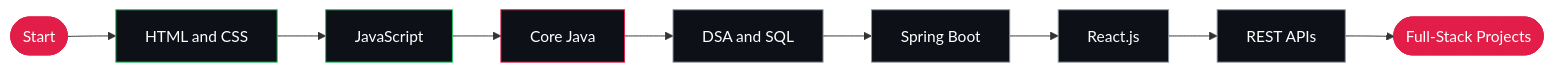
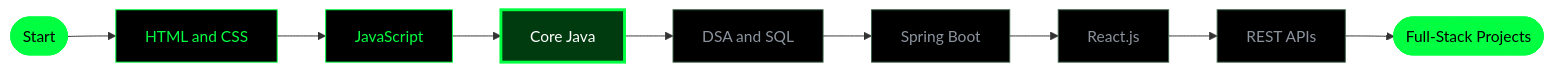
Before and after one commit to prahlad78/prahlad78: the diagram in README.md, drawn with Mermaid. The commit also changed other lines of this file, not shown here.

First line of the commit message:
Revise README with updated images and roadmap

````diff
--- a/README.md
+++ b/README.md
@@ -160,21 +175,21 @@
 ```mermaid
 flowchart LR
     A([Start]) --> B[HTML and CSS]
     B --> C[JavaScript]
     C --> D[Core Java]
     D --> E[DSA and SQL]
     E --> F[Spring Boot]
     F --> G[React.js]
     G --> H[REST APIs]
     H --> I([Full-Stack Projects])
 
-    style A fill:#e11d48,stroke:#e11d48,color:#fff
-    style I fill:#e11d48,stroke:#e11d48,color:#fff
-    style B fill:#0d1117,stroke:#22c55e,color:#fff
-    style C fill:#0d1117,stroke:#22c55e,color:#fff
-    style D fill:#0d1117,stroke:#e11d48,color:#fff
-    style E fill:#0d1117,stroke:#8b949e,color:#fff
-    style F fill:#0d1117,stroke:#8b949e,color:#fff
-    style G fill:#0d1117,stroke:#8b949e,color:#fff
-    style H fill:#0d1117,stroke:#8b949e,color:#fff
+    style A fill:#00ff41,stroke:#00ff41,color:#000
+    style I fill:#00ff41,stroke:#00ff41,color:#000
+    style B fill:#000,stroke:#00ff41,color:#00ff41
+    style C fill:#000,stroke:#00ff41,color:#00ff41
+    style D fill:#003b0f,stroke:#00ff41,stroke-width:3px,color:#fff
+    style E fill:#000,stroke:#3a5f46,color:#8b949e
+    style F fill:#000,stroke:#3a5f46,color:#8b949e
+    style G fill:#000,stroke:#3a5f46,color:#8b949e
+    style H fill:#000,stroke:#3a5f46,color:#8b949e
 ```
````
